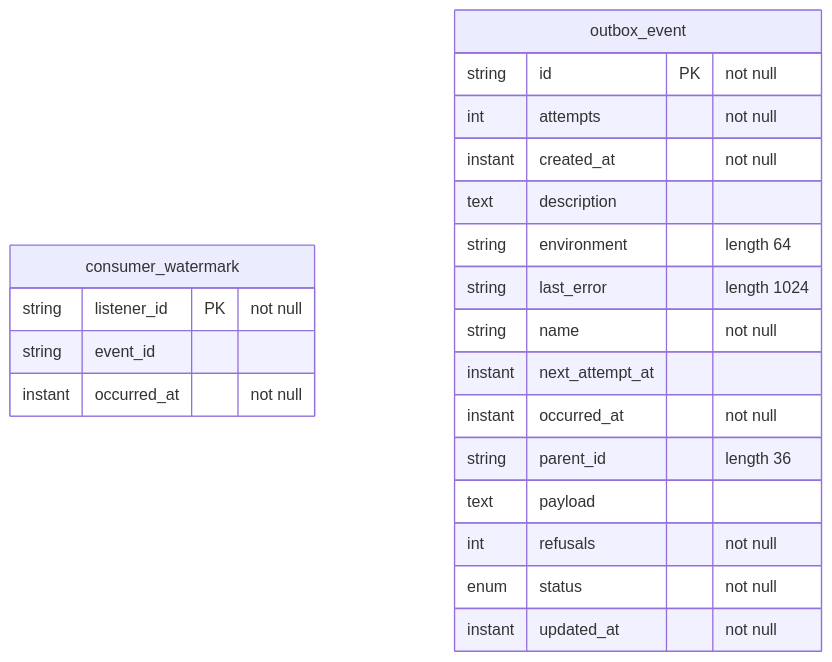
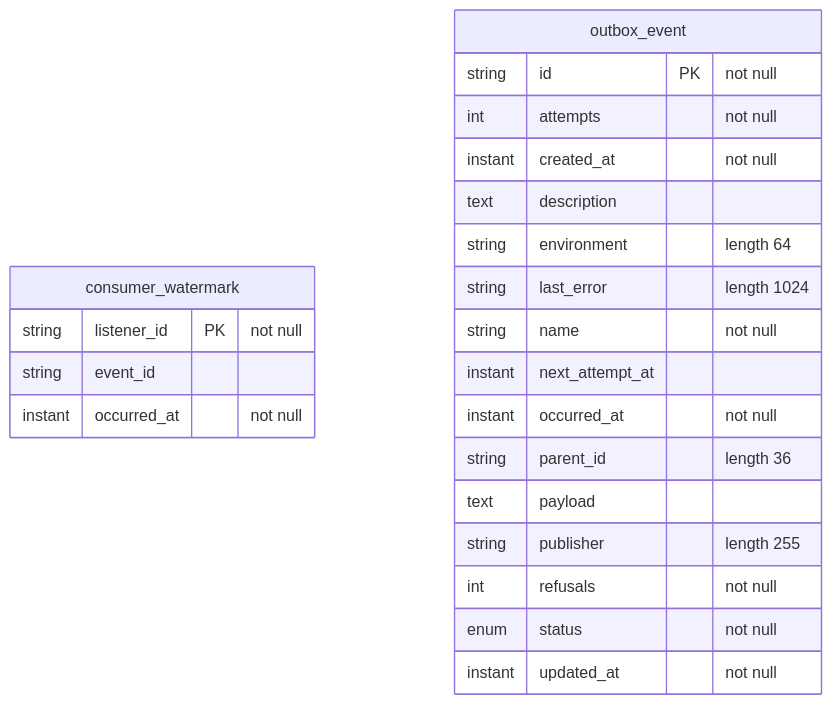
One commit to QuicklyIterateTheSoftware/qits-eventstream-javalib changed the diagram in docs/database/eventstream.md. Above: the diagram before and after it, drawn with Mermaid. The commit also changed 26 other files, not shown here.

````diff
--- a/docs/database/eventstream.md
+++ b/docs/database/eventstream.md
@@ -6,26 +6,27 @@
 ```mermaid
 erDiagram
   %% consumer_watermark: eu.wohlben.qits.eventstream.entity.ConsumerWatermark (qits-eventstream)
   consumer_watermark {
     string listener_id PK "not null"
     string event_id
     instant occurred_at "not null"
   }
   %% outbox_event: eu.wohlben.qits.eventstream.entity.OutboxEvent (qits-eventstream)
   outbox_event {
     string id PK "not null"
     int attempts "not null"
     instant created_at "not null"
     text description
     string environment "length 64"
     string last_error "length 1024"
     string name "not null"
     instant next_attempt_at
     instant occurred_at "not null"
     string parent_id "length 36"
     text payload
+    string publisher "length 255"
     int refusals "not null"
     enum status "not null"
     instant updated_at "not null"
   }
 ```
````
